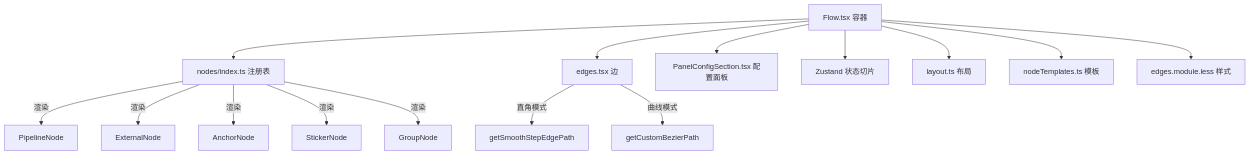
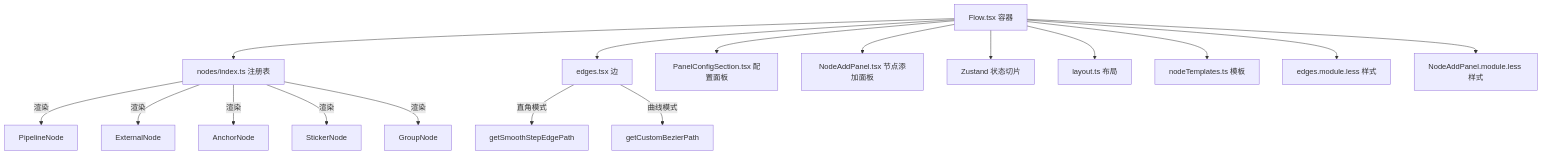
The second of 13 diagrams in .qoder/repowiki/zh/content/工作流编辑器/工作流编辑器.md (kqcoxn/MaaPipelineEditor), drawn with Mermaid before and after one commit. The commit also changed other lines of this file and 22 other files, not shown here.

````diff
--- a/.qoder/repowiki/zh/content/工作流编辑器/工作流编辑器.md
+++ b/.qoder/repowiki/zh/content/工作流编辑器/工作流编辑器.md
@@ -135,25 +148,29 @@
 ```mermaid
 graph TB
 Container["Flow.tsx 容器"]
 Registry["nodes/index.ts 注册表"]
 Edge["edges.tsx 边"]
 ConfigPanel["PanelConfigSection.tsx 配置面板"]
+NodeAddPanel["NodeAddPanel.tsx 节点添加面板"]
 Store["Zustand 状态切片"]
 Layout["layout.ts 布局"]
 Templates["nodeTemplates.ts 模板"]
 Styles["edges.module.less 样式"]
+NodeAddStyles["NodeAddPanel.module.less 样式"]
 Container --> Registry
 Container --> Edge
 Container --> ConfigPanel
+Container --> NodeAddPanel
 Container --> Store
 Container --> Layout
 Container --> Templates
 Container --> Styles
+Container --> NodeAddStyles
 Registry --> |"渲染"| PN["PipelineNode"]
 Registry --> |"渲染"| EN["ExternalNode"]
 Registry --> |"渲染"| AN["AnchorNode"]
 Registry --> |"渲染"| SN["StickerNode"]
 Registry --> |"渲染"| GN["GroupNode"]
 Edge --> |"直角模式"| SmoothStep["getSmoothStepEdgePath"]
 Edge --> |"曲线模式"| Bezier["getCustomBezierPath"]
 ```
````
